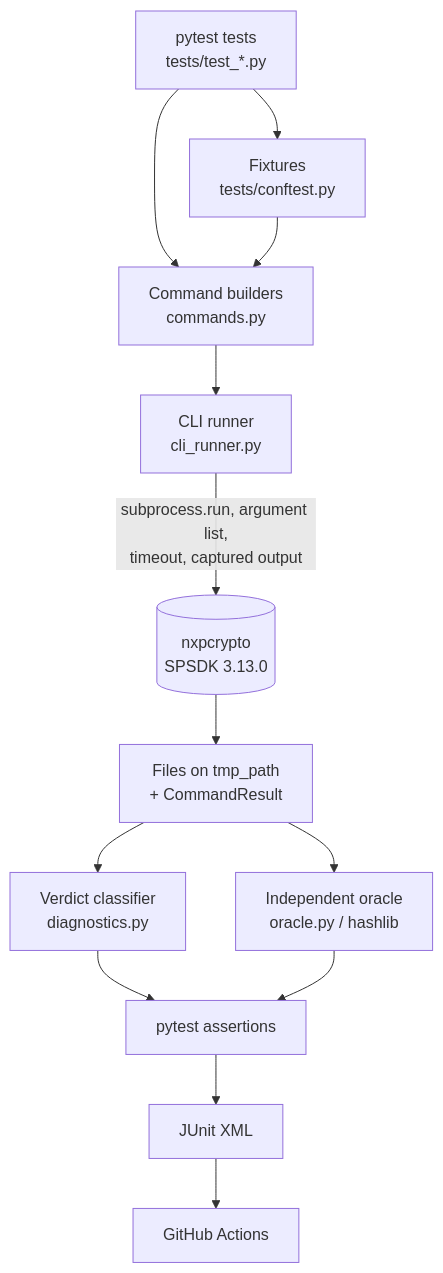
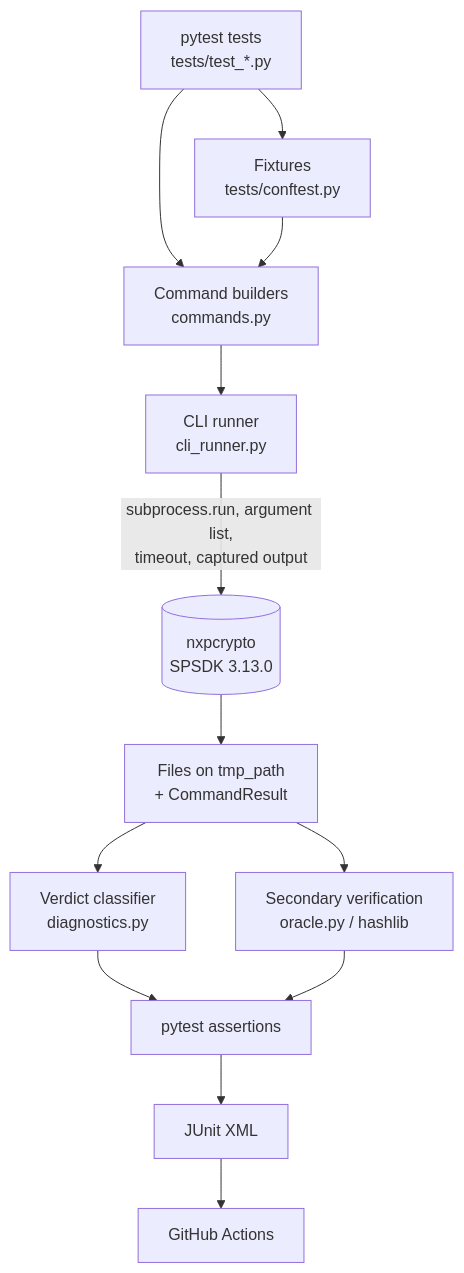
One commit to Joun-Mikhail/spsdk-security-regression-lab changed the diagram in docs/architecture.md. Above: the diagram before and after it, drawn with Mermaid. The commit also changed other lines of this file, not shown here.

Commit message:
docs: describe each diagram in the architecture guide

````diff
--- a/docs/architecture.md
+++ b/docs/architecture.md
@@ -5,15 +5,15 @@
 ```mermaid
 flowchart TD
     T[pytest tests<br/>tests/test_*.py] --> F[Fixtures<br/>tests/conftest.py]
     T --> CMD[Command builders<br/>commands.py]
     F --> CMD
     CMD --> R[CLI runner<br/>cli_runner.py]
     R -->|subprocess.run, argument list,<br/>timeout, captured output| SUT[(nxpcrypto<br/>SPSDK 3.13.0)]
     SUT --> OUT[Files on tmp_path<br/>+ CommandResult]
     OUT --> CL[Verdict classifier<br/>diagnostics.py]
-    OUT --> OR[Independent oracle<br/>oracle.py / hashlib]
+    OUT --> OR[Secondary verification<br/>oracle.py / hashlib]
     CL --> A[pytest assertions]
     OR --> A
     A --> REP[JUnit XML]
     REP --> CI[GitHub Actions]
 ```
````
